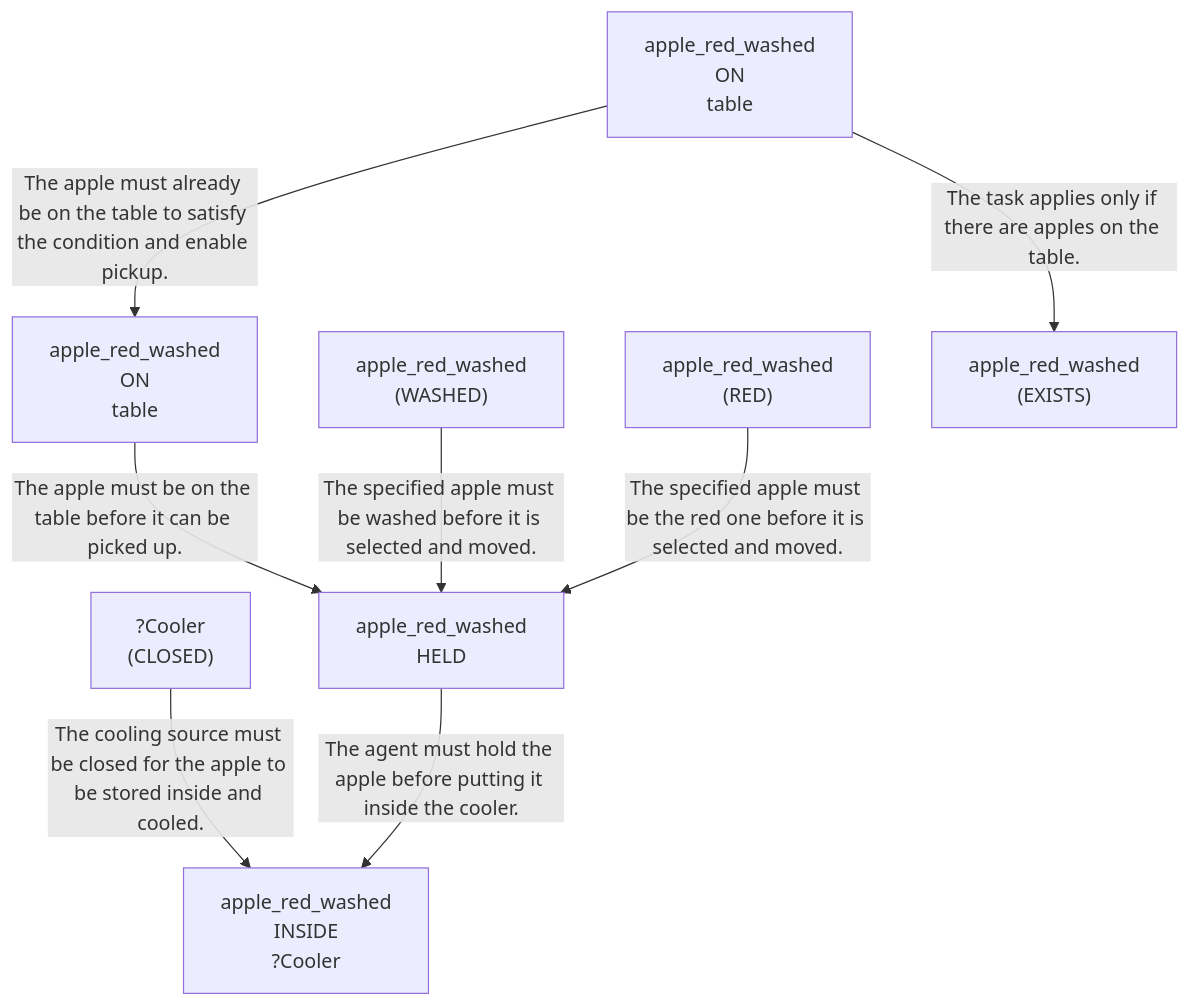
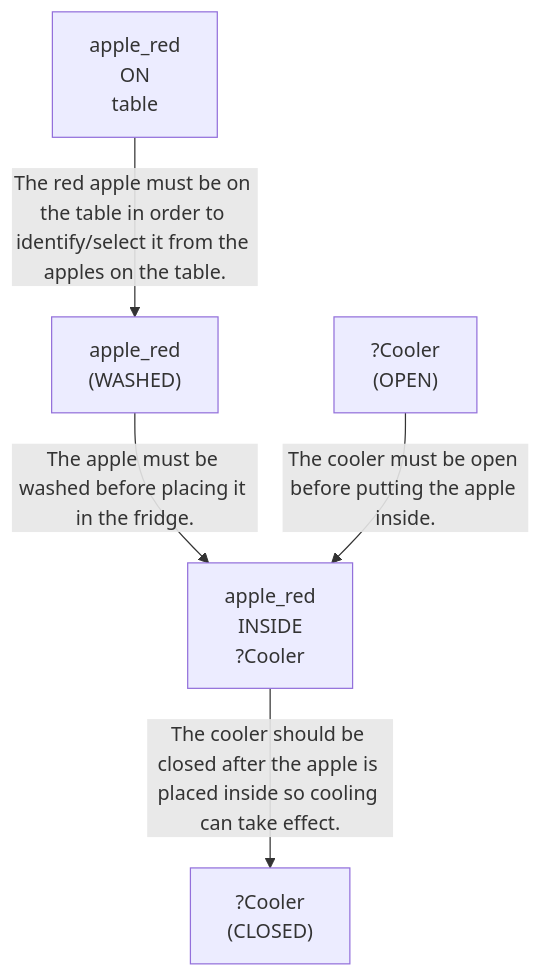
One commit to scuama/virtualhome changed the first of 3 diagrams in evaluation/results/table3/robostate/runs/without_memory/M4_20/run_T3_without_memory_M4_20.md. Above: the diagram before and after it, drawn with Mermaid. The commit also changed other lines of this file and 507 other files, not shown here.

````diff
--- a/evaluation/results/table3/robostate/runs/without_memory/M4_20/run_T3_without_memory_M4_20.md
+++ b/evaluation/results/table3/robostate/runs/without_memory/M4_20/run_T3_without_memory_M4_20.md
@@ -72,18 +72,12 @@
 ```mermaid
 graph TD
-    N1["apple_red_washed<br>INSIDE<br>?Cooler"]
-    N2["?Cooler<br>(CLOSED)"]
-    N3["apple_red_washed<br>HELD<br>"]
-    N4["apple_red_washed<br>ON<br>table"]
-    N5["apple_red_washed<br>(WASHED)"]
-    N6["apple_red_washed<br>(RED)"]
-    N7["apple_red_washed<br>ON<br>table"]
-    N8["apple_red_washed<br>(EXISTS)"]
-    N2 -->|"The cooling source must be closed for the apple to be stored inside and cooled."| N1
-    N3 -->|"The agent must hold the apple before putting it inside the cooler."| N1
-    N4 -->|"The apple must be on the table before it can be picked up."| N3
-    N5 -->|"The specified apple must be washed before it is selected and moved."| N3
-    N6 -->|"The specified apple must be the red one before it is selected and moved."| N3
-    N7 -->|"The task applies only if there are apples on the table."| N8
-    N7 -->|"The apple must already be on the table to satisfy the condition and enable pickup."| N4
+    N1["apple_red<br>(WASHED)"]
+    N2["apple_red<br>ON<br>table"]
+    N3["?Cooler<br>(OPEN)"]
+    N4["apple_red<br>INSIDE<br>?Cooler"]
+    N5["?Cooler<br>(CLOSED)"]
+    N2 -->|"The red apple must be on the table in order to identify/select it from the apples on the table."| N1
+    N1 -->|"The apple must be washed before placing it in the fridge."| N4
+    N3 -->|"The cooler must be open before putting the apple inside."| N4
+    N4 -->|"The cooler should be closed after the apple is placed inside so cooling can take effect."| N5
 ```
````
